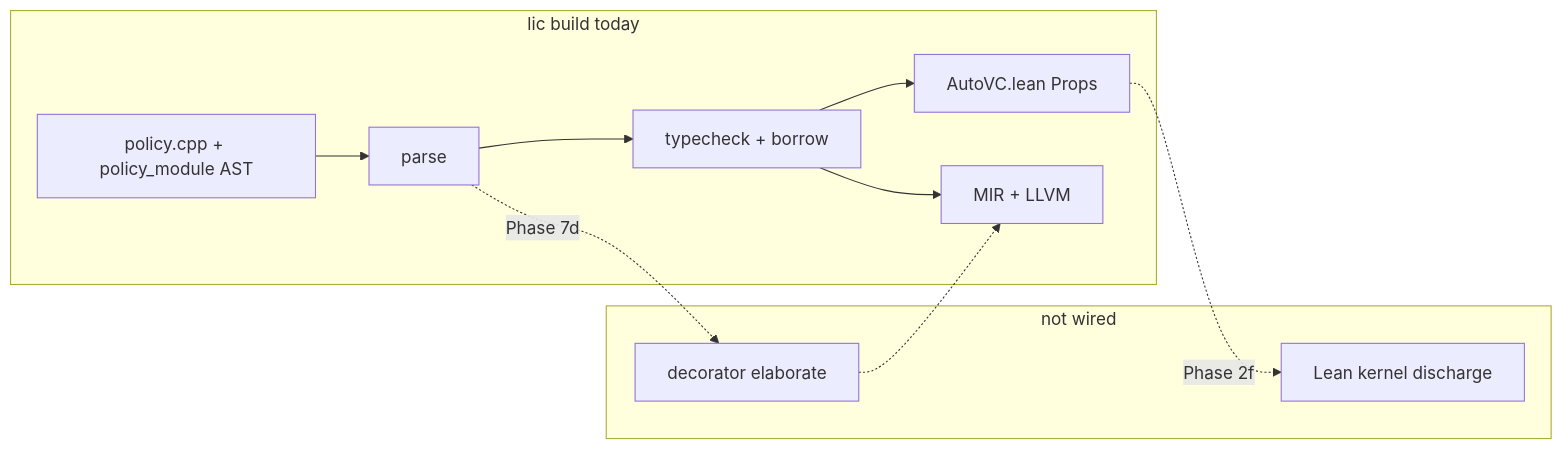
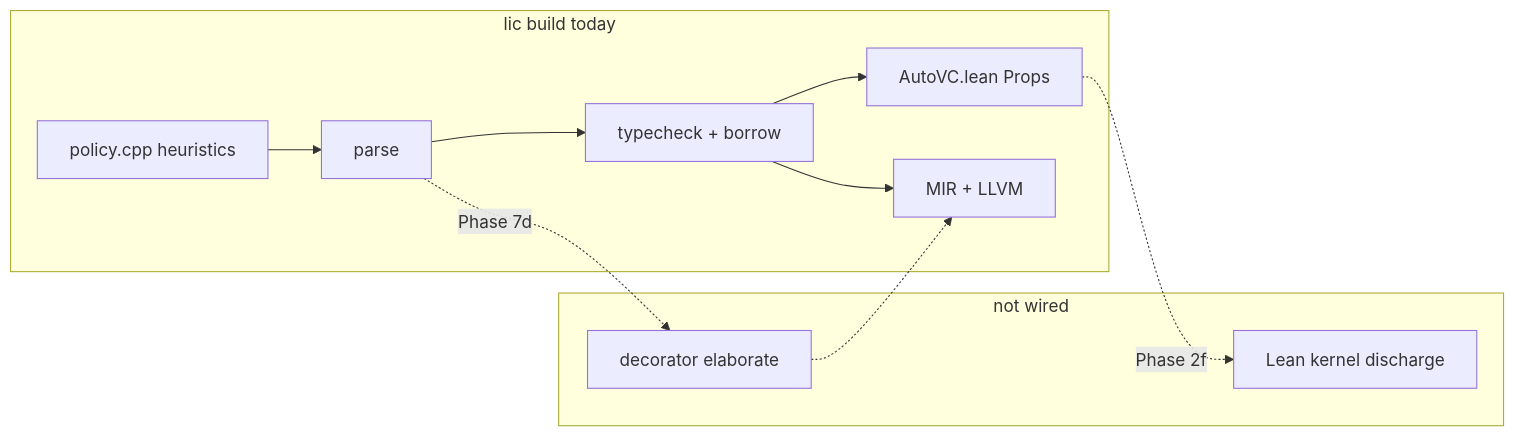
Before and after one commit to li-langverse/lic: the diagram in docs/verification/provability-gaps.md, drawn with Mermaid. The commit also changed other lines of this file and 5 other files, not shown here.

````diff
--- a/docs/verification/provability-gaps.md
+++ b/docs/verification/provability-gaps.md
@@ -118,19 +126,19 @@
 ```mermaid
 flowchart LR
   subgraph today [lic build today]
-    pol[policy.cpp + policy_module AST]
+    pol[policy.cpp heuristics]
     par[parse]
     tc[typecheck + borrow]
     vc[AutoVC.lean Props]
     mir[MIR + LLVM]
     pol --> par --> tc --> vc
     tc --> mir
   end
   subgraph missing [not wired]
     lean[Lean kernel discharge]
     dec[decorator elaborate]
   end
   vc -.->|Phase 2f| lean
   par -.->|Phase 7d| dec
   dec -.-> mir
 ```
````
